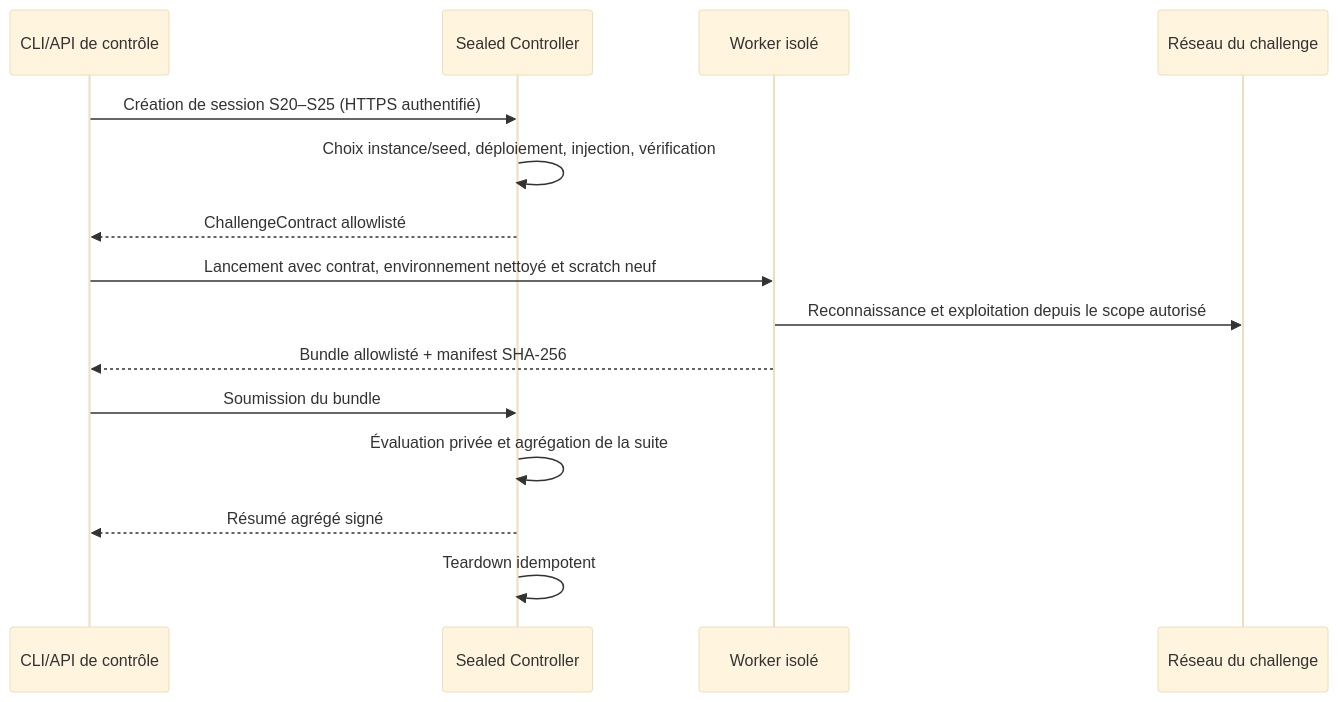
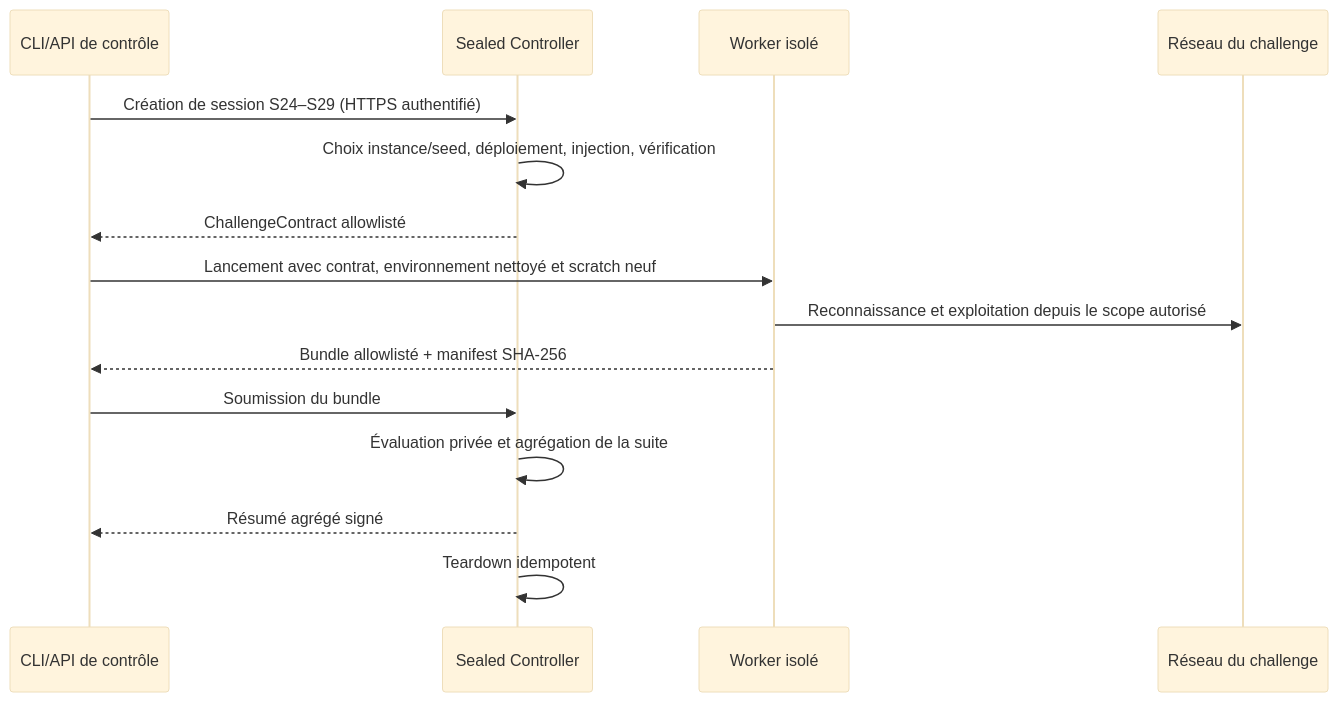
One commit to Tanguyvans/LANCE changed the diagram in benchmarks/docs/EVALUATION_PROTOCOL.md. Above: the diagram before and after it, drawn with Mermaid (base theme). The commit also changed other lines of this file and 55 other files, not shown here.

````diff
--- a/benchmarks/docs/EVALUATION_PROTOCOL.md
+++ b/benchmarks/docs/EVALUATION_PROTOCOL.md
@@ -31,18 +31,18 @@
 ```mermaid
 sequenceDiagram
     participant C as CLI/API de contrôle
     participant S as Sealed Controller
     participant W as Worker isolé
     participant T as Réseau du challenge
 
-    C->>S: Création de session S20–S25 (HTTPS authentifié)
+    C->>S: Création de session S24–S29 (HTTPS authentifié)
     S->>S: Choix instance/seed, déploiement, injection, vérification
     S-->>C: ChallengeContract allowlisté
     C->>W: Lancement avec contrat, environnement nettoyé et scratch neuf
     W->>T: Reconnaissance et exploitation depuis le scope autorisé
     W-->>C: Bundle allowlisté + manifest SHA-256
     C->>S: Soumission du bundle
     S->>S: Évaluation privée et agrégation de la suite
     S-->>C: Résumé agrégé signé
     S->>S: Teardown idempotent
 ```
````
